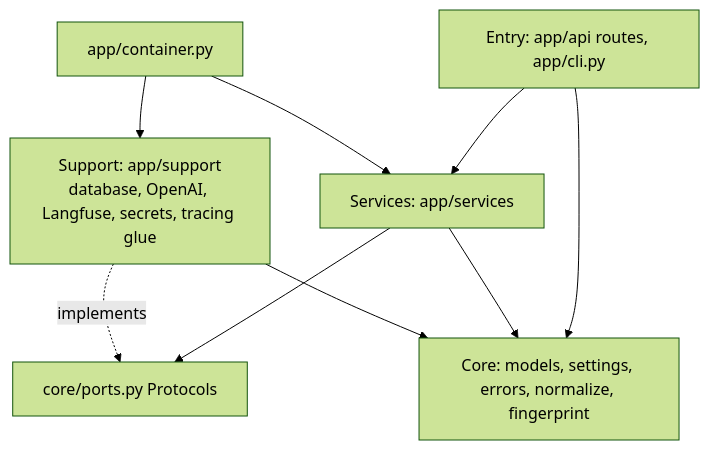
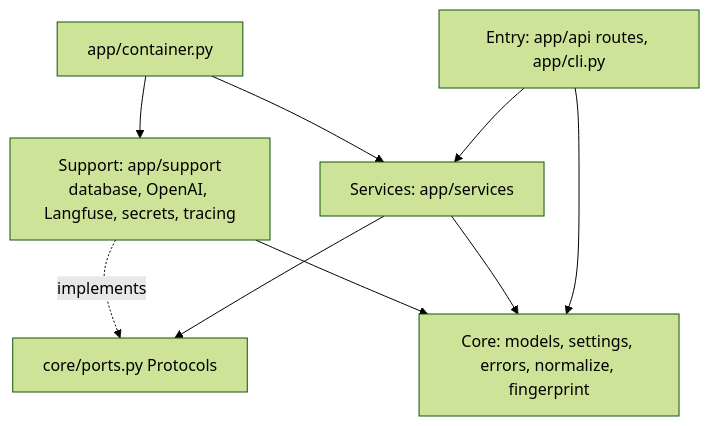
One commit to gustavomoises/dayforce changed the first of 8 diagrams in .kiro/specs/incident-triage-api/design.md. Above: the diagram before and after it, drawn with Mermaid (forest theme). The commit also changed other lines of this file and 25 other files, not shown here.

Commit message:
task 8: README, PROMPTS, AI-NOTES, TRADEOFFS, live tests, Postman, synced architecture docs; remove pre-task leftovers

````diff
--- a/.kiro/specs/incident-triage-api/design.md
+++ b/.kiro/specs/incident-triage-api/design.md
@@ -27,11 +34,11 @@
 ```mermaid
 flowchart TD
     E["Entry: app/api routes, app/cli.py"] --> S["Services: app/services"]
     S --> P["core/ports.py Protocols"]
-    SUP["Support: app/support<br/>database, OpenAI, Langfuse, secrets, tracing glue"] -. implements .-> P
+    SUP["Support: app/support<br/>database, OpenAI, Langfuse, secrets, tracing"] -. implements .-> P
     E --> C["Core: models, settings, errors, normalize, fingerprint"]
     S --> C
     SUP --> C
     CT["app/container.py"] --> SUP
     CT --> S
 ```
````
